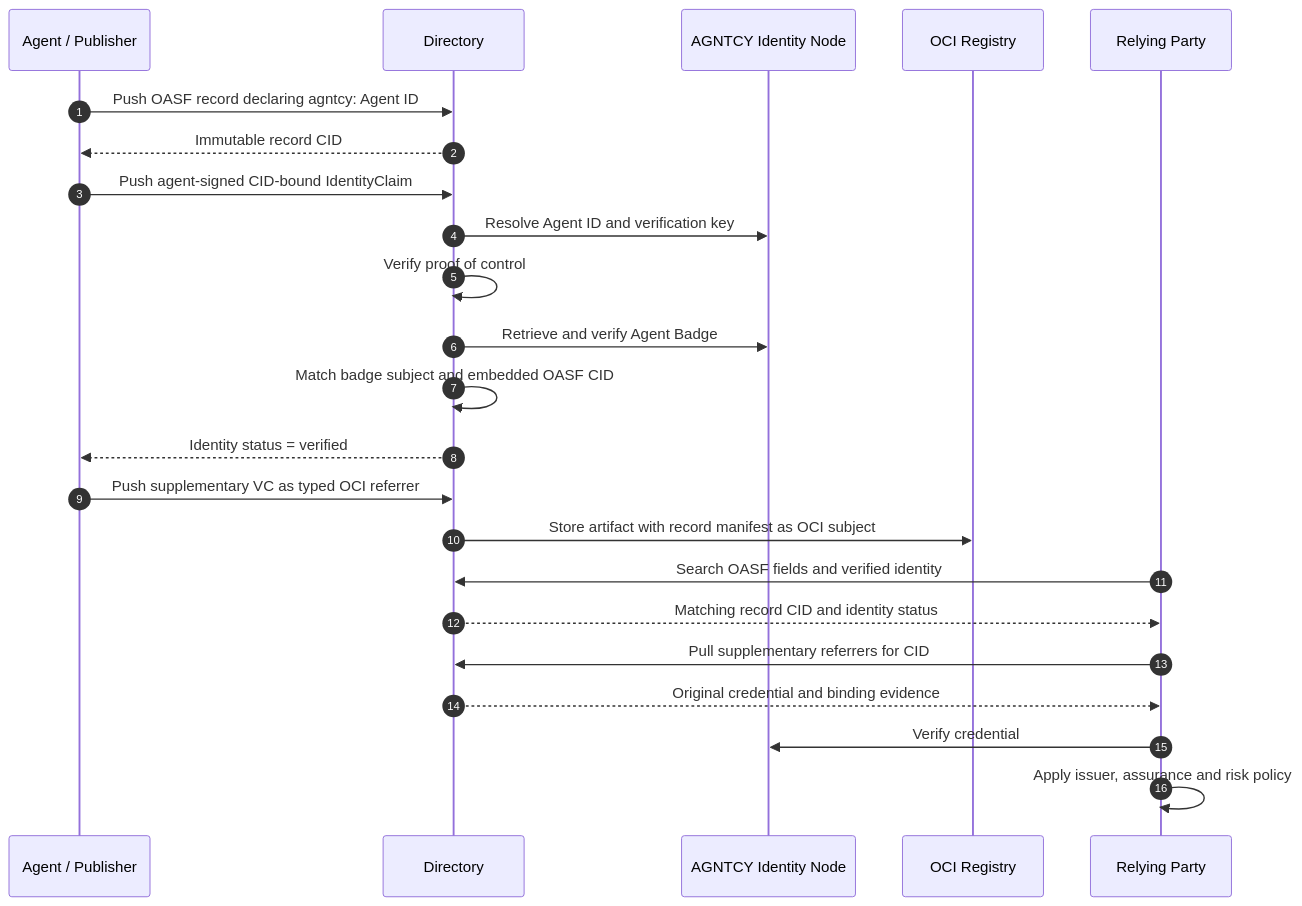
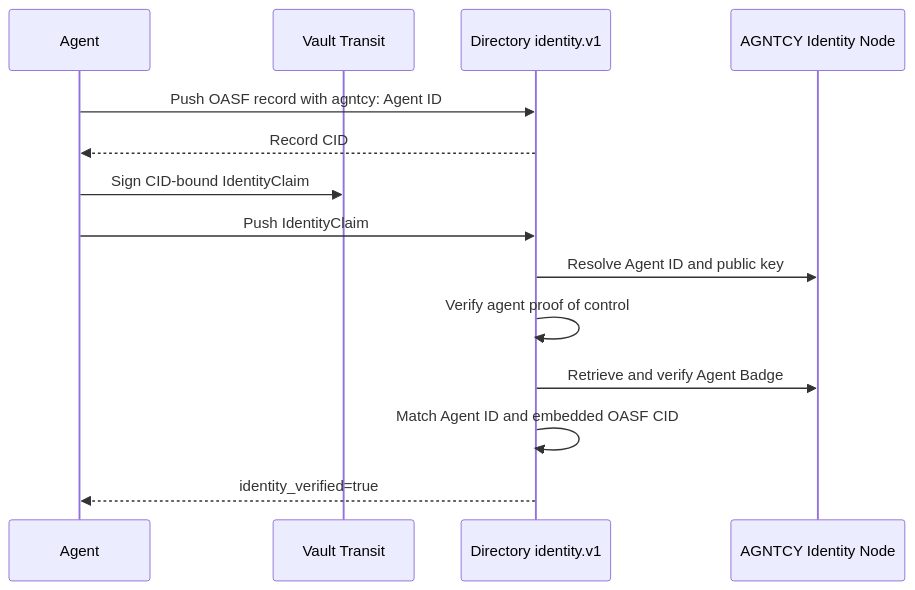
One commit to agntcy/agent-identity-demos changed the first of 2 diagrams in oci-typed-artifacts-poc/DRAFT-DIRECTORY-MAINTAINER-COMMENT.md. Above: the diagram before and after it, drawn with Mermaid. The commit also changed other lines of this file, not shown here.

Commit message:
Refine Directory integration discussion draft

````diff
--- a/oci-typed-artifacts-poc/DRAFT-DIRECTORY-MAINTAINER-COMMENT.md
+++ b/oci-typed-artifacts-poc/DRAFT-DIRECTORY-MAINTAINER-COMMENT.md
@@ -78,28 +35,17 @@
 ```mermaid
 sequenceDiagram
-    autonumber
-    participant A as Agent / Publisher
-    participant D as Directory
+    participant A as Agent
+    participant V as Vault Transit
+    participant D as Directory identity.v1
     participant I as AGNTCY Identity Node
-    participant O as OCI Registry
-    participant R as Relying Party
 
-    A->>D: Push OASF record declaring agntcy: Agent ID
-    D-->>A: Immutable record CID
-    A->>D: Push agent-signed CID-bound IdentityClaim
-    D->>I: Resolve Agent ID and verification key
-    D->>D: Verify proof of control
+    A->>D: Push OASF record with agntcy: Agent ID
+    D-->>A: Record CID
+    A->>V: Sign CID-bound IdentityClaim
+    A->>D: Push IdentityClaim
+    D->>I: Resolve Agent ID and public key
+    D->>D: Verify agent proof of control
     D->>I: Retrieve and verify Agent Badge
-    D->>D: Match badge subject and embedded OASF CID
-    D-->>A: Identity status = verified
-
-    A->>D: Push supplementary VC as typed OCI referrer
-    D->>O: Store artifact with record manifest as OCI subject
-
-    R->>D: Search OASF fields and verified identity
-    D-->>R: Matching record CID and identity status
-    R->>D: Pull supplementary referrers for CID
-    D-->>R: Original credential and binding evidence
-    R->>I: Verify credential
-    R->>R: Apply issuer, assurance and risk policy
+    D->>D: Match Agent ID and embedded OASF CID
+    D-->>A: identity_verified=true
 ```
````
